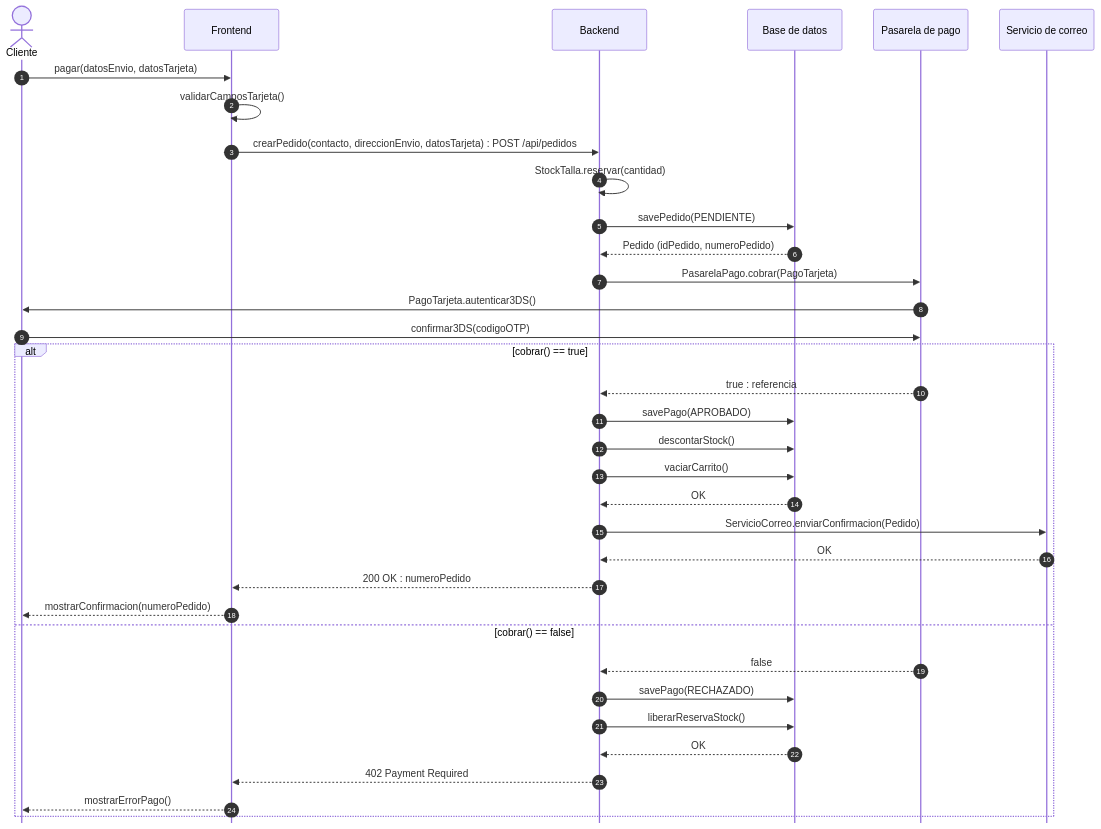
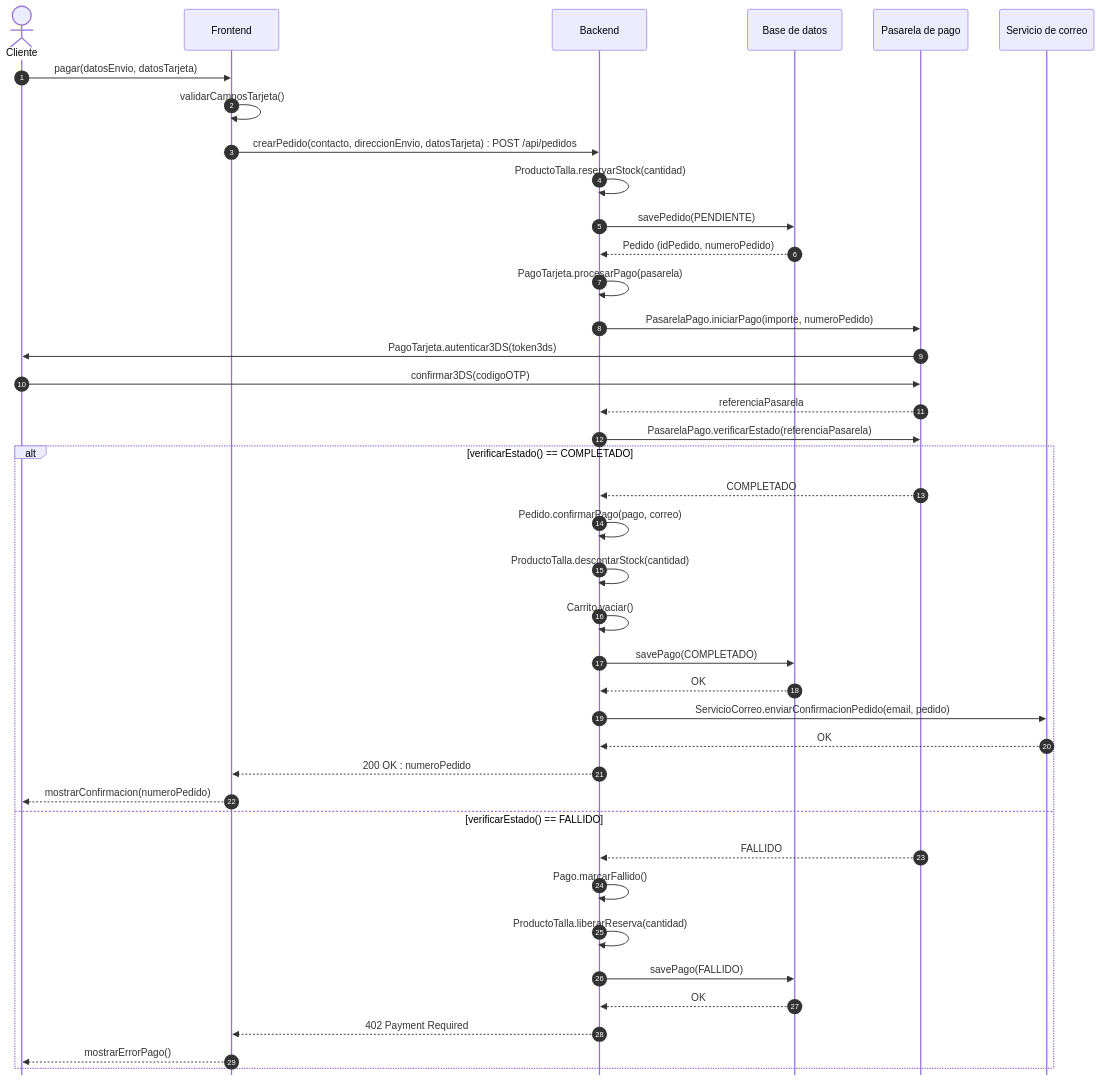
Before and after one commit to ajgarciarias10/PR3GPS: the diagram in Practica3_G11_LaTeX/codigo/sec_us04.mmd, drawn with Mermaid. The commit also changed 27 other files, not shown here.

First line of the commit message:
fix(bloque3): alinear diagramas de secuencia con el diagrama de clases final

```diff
--- a/Practica3_G11_LaTeX/codigo/sec_us04.mmd
+++ b/Practica3_G11_LaTeX/codigo/sec_us04.mmd
@@ -1,36 +1,41 @@
 %%{init: {'sequence': {'mirrorActors': false}}}%%
 sequenceDiagram
     autonumber
     actor U as Cliente
     participant FE as Frontend
     participant BE as Backend
     participant DB as Base de datos
     participant PG as Pasarela de pago
     participant CO as Servicio de correo
     U->>FE: pagar(datosEnvio, datosTarjeta)
     FE->>FE: validarCamposTarjeta()
     FE->>BE: crearPedido(contacto, direccionEnvio, datosTarjeta) : POST /api/pedidos
-    BE->>BE: StockTalla.reservar(cantidad)
+    BE->>BE: ProductoTalla.reservarStock(cantidad)
     BE->>DB: savePedido(PENDIENTE)
     DB-->>BE: Pedido (idPedido, numeroPedido)
-    BE->>PG: PasarelaPago.cobrar(PagoTarjeta)
-    PG->>U: PagoTarjeta.autenticar3DS()
+    BE->>BE: PagoTarjeta.procesarPago(pasarela)
+    BE->>PG: PasarelaPago.iniciarPago(importe, numeroPedido)
+    PG->>U: PagoTarjeta.autenticar3DS(token3ds)
     U->>PG: confirmar3DS(codigoOTP)
-    alt cobrar() == true
-        PG-->>BE: true : referencia
-        BE->>DB: savePago(APROBADO)
-        BE->>DB: descontarStock()
-        BE->>DB: vaciarCarrito()
+    PG-->>BE: referenciaPasarela
+    BE->>PG: PasarelaPago.verificarEstado(referenciaPasarela)
+    alt verificarEstado() == COMPLETADO
+        PG-->>BE: COMPLETADO
+        BE->>BE: Pedido.confirmarPago(pago, correo)
+        BE->>BE: ProductoTalla.descontarStock(cantidad)
+        BE->>BE: Carrito.vaciar()
+        BE->>DB: savePago(COMPLETADO)
         DB-->>BE: OK
-        BE->>CO: ServicioCorreo.enviarConfirmacion(Pedido)
+        BE->>CO: ServicioCorreo.enviarConfirmacionPedido(email, pedido)
         CO-->>BE: OK
         BE-->>FE: 200 OK : numeroPedido
         FE-->>U: mostrarConfirmacion(numeroPedido)
-    else cobrar() == false
-        PG-->>BE: false
-        BE->>DB: savePago(RECHAZADO)
-        BE->>DB: liberarReservaStock()
+    else verificarEstado() == FALLIDO
+        PG-->>BE: FALLIDO
+        BE->>BE: Pago.marcarFallido()
+        BE->>BE: ProductoTalla.liberarReserva(cantidad)
+        BE->>DB: savePago(FALLIDO)
         DB-->>BE: OK
         BE-->>FE: 402 Payment Required
         FE-->>U: mostrarErrorPago()
     end
```
